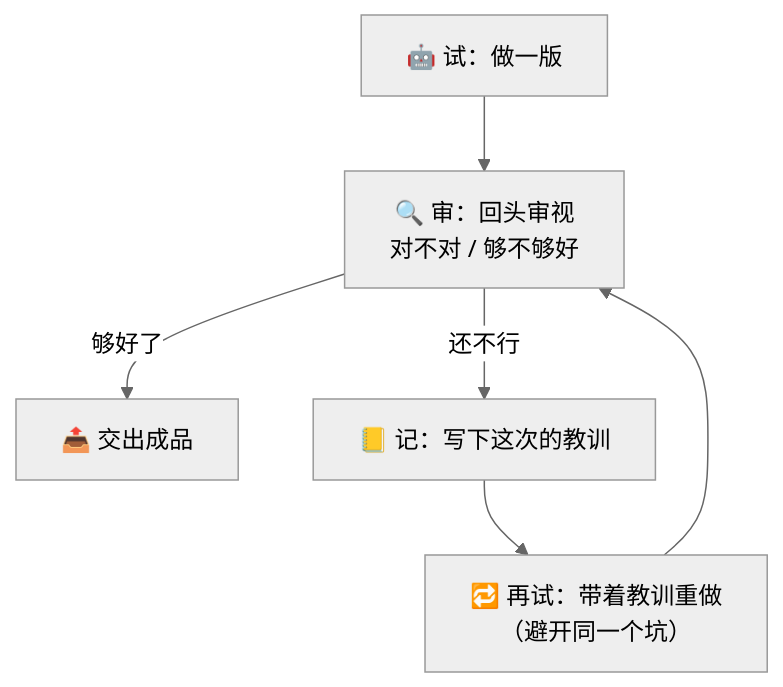
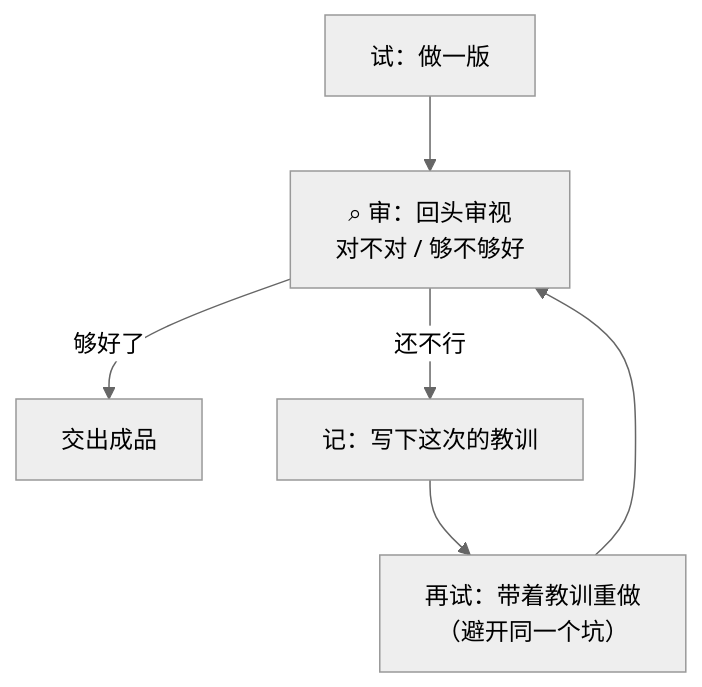
Before and after one commit to luckykhy/KhyAiHub: the third of 5 diagrams in docs/02_CONCEPTS_概念入门/CONCEPT/[CONCEPT-22] 什么是反思-Reflection.md, drawn with Mermaid (neutral theme). The commit also changed other lines of this file, not shown here.

````diff
--- a/docs/02_CONCEPTS_概念入门/CONCEPT/[CONCEPT-22] 什么是反思-Reflection.md
+++ b/docs/02_CONCEPTS_概念入门/CONCEPT/[CONCEPT-22] 什么是反思-Reflection.md
@@ -109,9 +109,9 @@
 ```mermaid
 flowchart TB
-  TRY["🤖 试：做一版"]
-  TRY --> CHECK["🔍 审：回头审视<br/>对不对 / 够不够好"]
-  CHECK -->|"够好了"| SHIP["📤 交出成品"]
-  CHECK -->|"还不行"| LESSON["📒 记：写下这次的教训"]
-  LESSON --> RETRY["🔁 再试：带着教训重做<br/>（避开同一个坑）"]
+  TRY["试：做一版"]
+  TRY --> CHECK["⌕ 审：回头审视<br/>对不对 / 够不够好"]
+  CHECK -->|"够好了"| SHIP["交出成品"]
+  CHECK -->|"还不行"| LESSON["记：写下这次的教训"]
+  LESSON --> RETRY["再试：带着教训重做<br/>（避开同一个坑）"]
   RETRY --> CHECK
 ```
````
